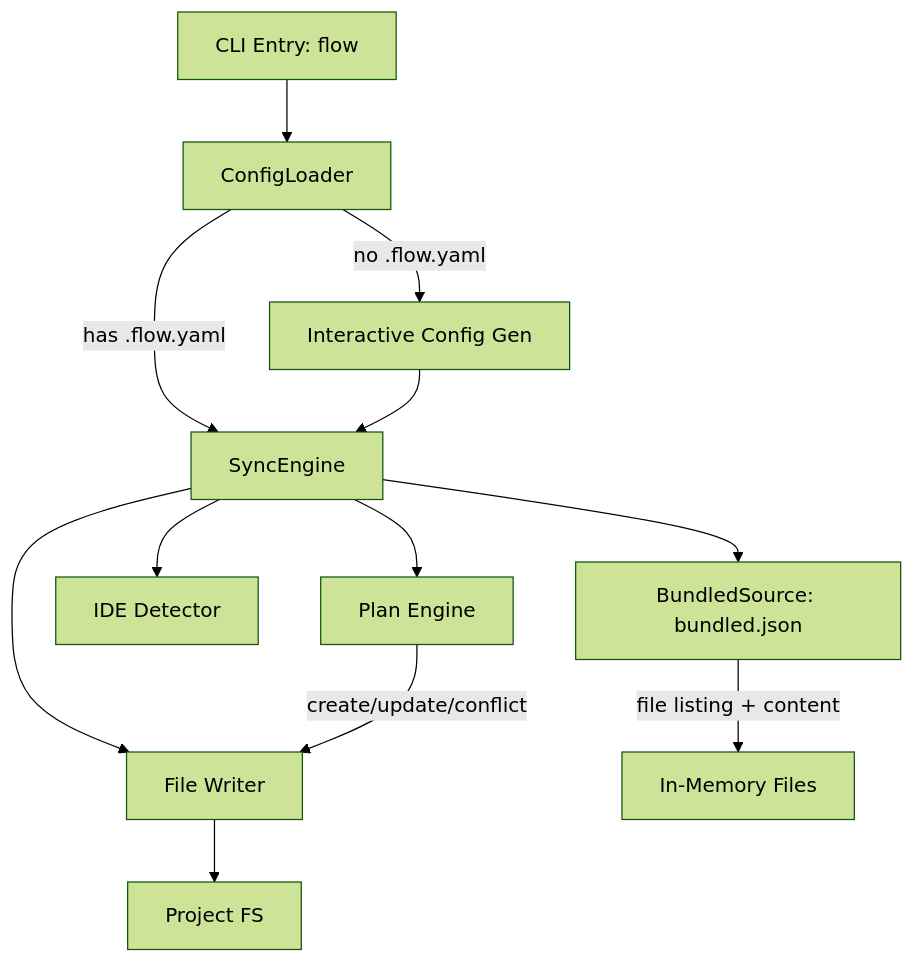
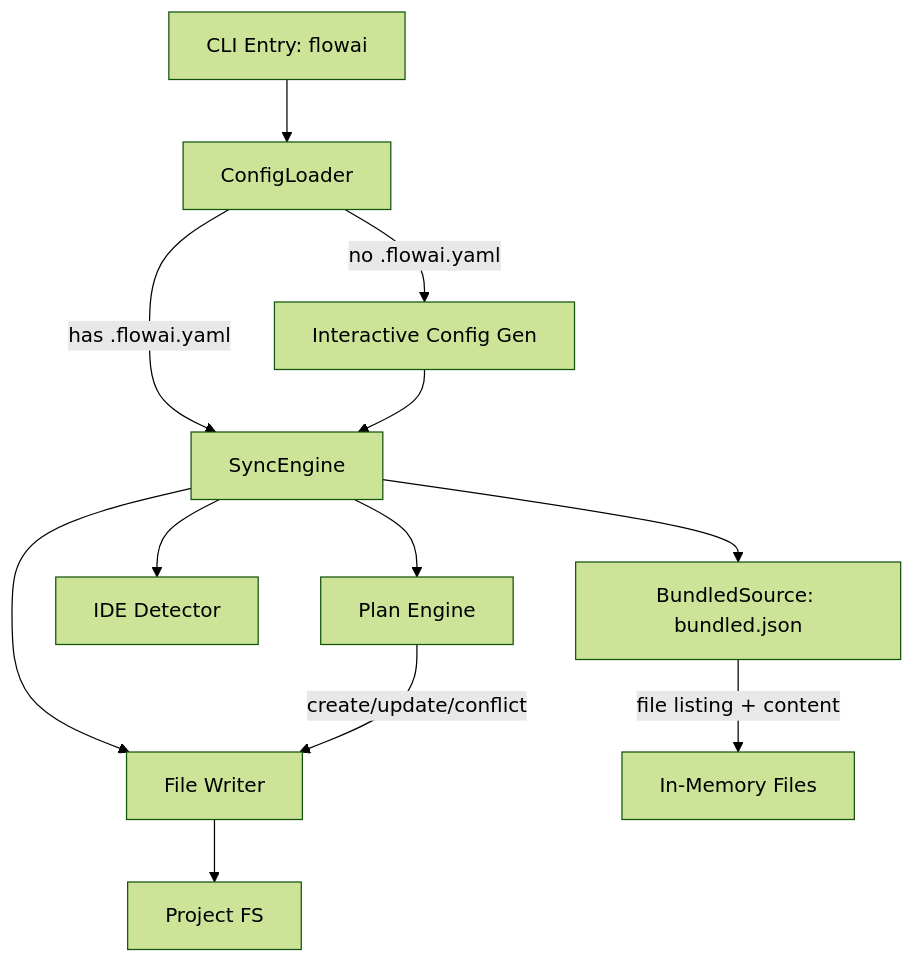
One commit to korchasa/flow changed the second of 2 diagrams in documents/design.md. Above: the diagram before and after it, drawn with Mermaid (forest theme). The commit also changed other lines of this file and 14 other files, not shown here.

First line of the commit message:
refactor: rename flow-cli → flowai

````diff
--- a/documents/design.md
+++ b/documents/design.md
@@ -140,14 +140,14 @@
 ```mermaid
 graph TD
-    CLI[CLI Entry: flow] --> ConfigLoader
-    ConfigLoader -->|no .flow.yaml| ConfigGenerator[Interactive Config Gen]
-    ConfigLoader -->|has .flow.yaml| SyncEngine
+    CLI[CLI Entry: flowai] --> ConfigLoader
+    ConfigLoader -->|no .flowai.yaml| ConfigGenerator[Interactive Config Gen]
+    ConfigLoader -->|has .flowai.yaml| SyncEngine
     ConfigGenerator --> SyncEngine
     SyncEngine --> BundledSrc[BundledSource: bundled.json]
     SyncEngine --> IdeDetector[IDE Detector]
     SyncEngine --> PlanEngine[Plan Engine]
     SyncEngine --> FileWriter[File Writer]
     BundledSrc -->|file listing + content| Memory[In-Memory Files]
     PlanEngine -->|create/update/conflict| FileWriter
     FileWriter --> FS[Project FS]
 ```
````
